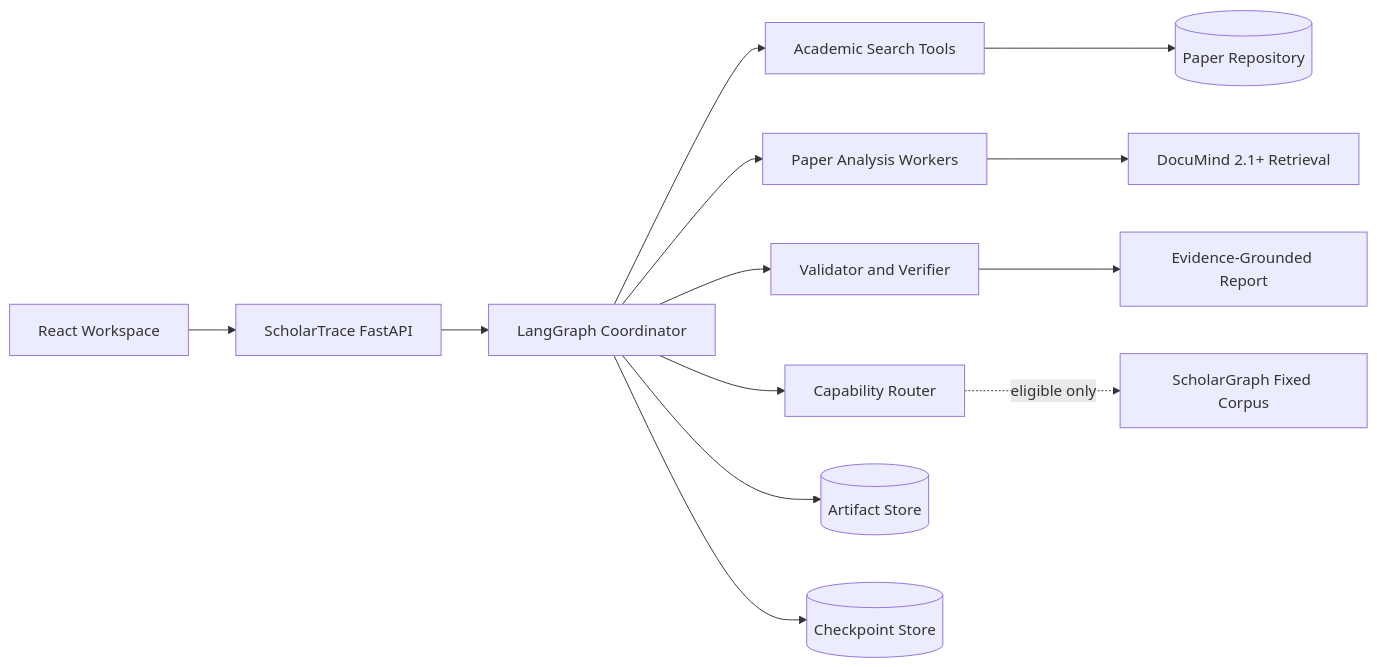
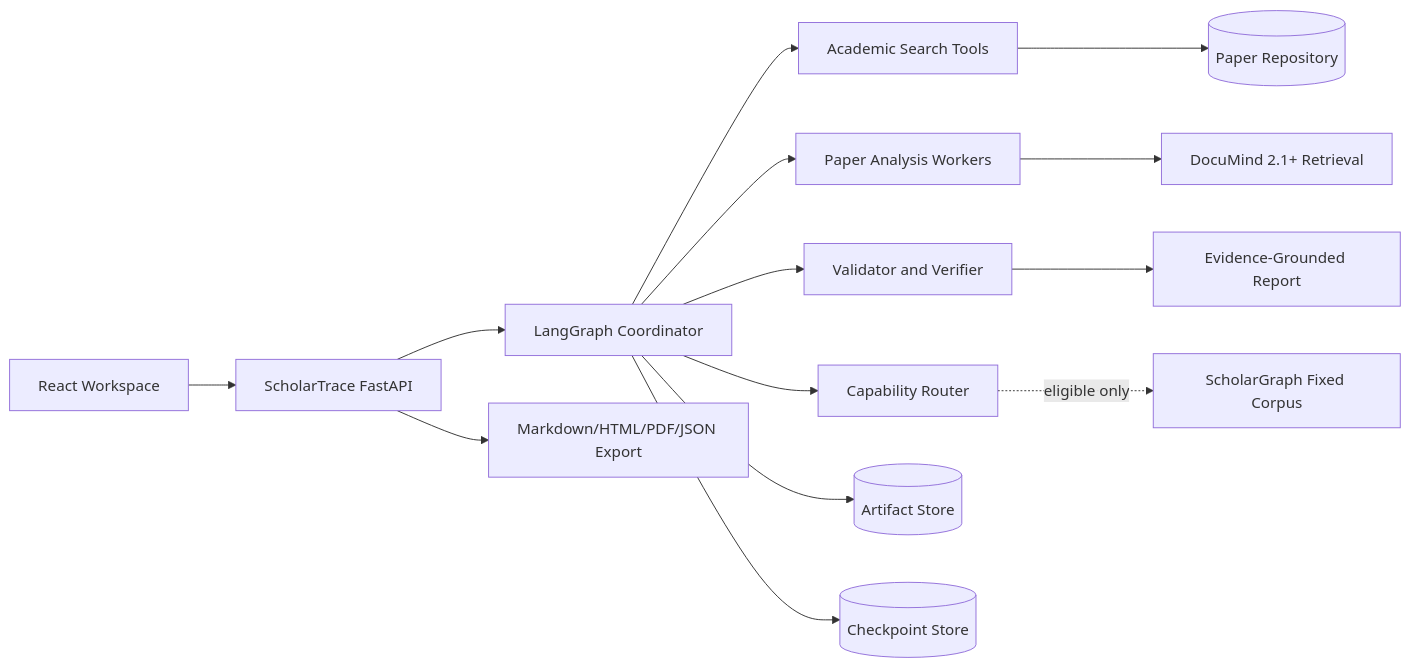
The diagram in docs/ARCHITECTURE.md (Zhou-Jin-Feng/ScholarTrace), drawn with Mermaid before and after one commit. The commit also changed other lines of this file and 141 other files, not shown here.

Commit message:
feat: 新增研究工作台与受限图谱集成

````diff
--- a/docs/ARCHITECTURE.md
+++ b/docs/ARCHITECTURE.md
@@ -22,15 +22,16 @@
 ```mermaid
 flowchart LR
     UI[React Workspace] --> API[ScholarTrace FastAPI]
     API --> GRAPH[LangGraph Coordinator]
     GRAPH --> SEARCH[Academic Search Tools]
     GRAPH --> WORKERS[Paper Analysis Workers]
     GRAPH --> VERIFY[Validator and Verifier]
     WORKERS --> DM[DocuMind 2.1+ Retrieval]
     GRAPH --> ROUTER[Capability Router]
     ROUTER -. eligible only .-> SG[ScholarGraph Fixed Corpus]
     SEARCH --> PAPERS[(Paper Repository)]
     GRAPH --> ARTIFACTS[(Artifact Store)]
     GRAPH --> CHECKPOINT[(Checkpoint Store)]
     VERIFY --> REPORT[Evidence-Grounded Report]
+    API --> EXPORT[Markdown/HTML/PDF/JSON Export]
 ```
````
